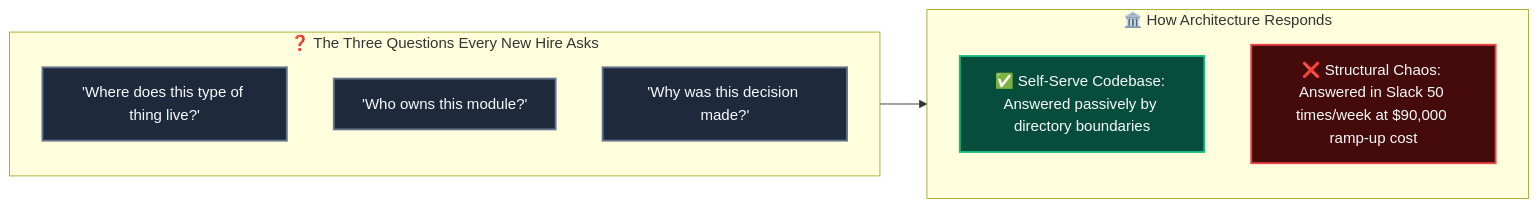
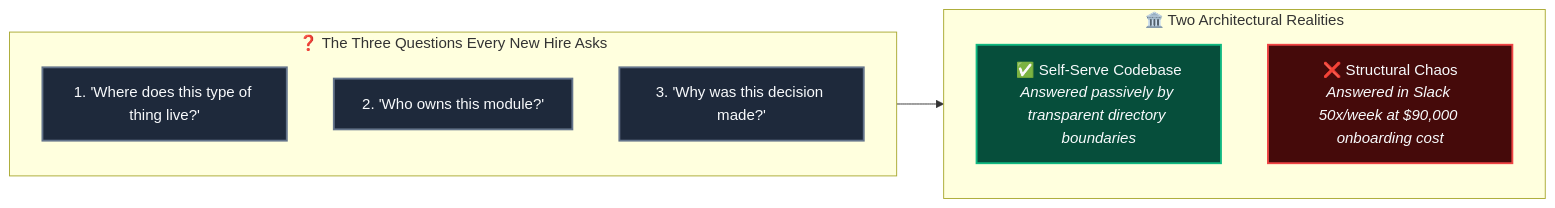
One commit to Dustu103/system-design changed the first of 9 diagrams in 01-filestructure/articles/01-your-folder-structure-is-a-message.md. Above: the diagram before and after it, drawn with Mermaid. The commit also changed other lines of this file, not shown here.

Commit message:
style: streamline Article 1 into diagram-first format with 8 visual architectures

````diff
--- a/01-filestructure/articles/01-your-folder-structure-is-a-message.md
+++ b/01-filestructure/articles/01-your-folder-structure-is-a-message.md
@@ -29,23 +21,23 @@
 ```mermaid
 flowchart LR
     subgraph QUESTIONS["❓ The Three Questions Every New Hire Asks"]
         direction TB
-        Q1["'Where does this type of thing live?'"]
-        Q2["'Who owns this module?'"]
-        Q3["'Why was this decision made?'"]
+        Q1["1. 'Where does this type of thing live?'"]
+        Q2["2. 'Who owns this module?'"]
+        Q3["3. 'Why was this decision made?'"]
     end
 
-    subgraph ANSWERS["🏛️ How Architecture Responds"]
+    subgraph OUTCOME["🏛️ Two Architectural Realities"]
         direction TB
-        A1["✅ Self-Serve Codebase: Answered passively by directory boundaries"]
-        A2["❌ Structural Chaos: Answered in Slack 50 times/week at $90,000 ramp-up cost"]
+        A1["✅ Self-Serve Codebase<br/><i>Answered passively by transparent directory boundaries</i>"]
+        A2["❌ Structural Chaos<br/><i>Answered in Slack 50x/week at $90,000 onboarding cost</i>"]
     end
 
-    QUESTIONS --> ANSWERS
+    QUESTIONS --> OUTCOME
     classDef qClass fill:#1e293b,stroke:#64748b,stroke-width:2px,color:#f8fafc;
     classDef goodClass fill:#064e3b,stroke:#10b981,stroke-width:2px,color:#f8fafc;
     classDef badClass fill:#450a0a,stroke:#ef4444,stroke-width:2px,color:#f8fafc;
     class Q1,Q2,Q3 qClass;
     class A1 goodClass;
     class A2 badClass;
 ```
````
